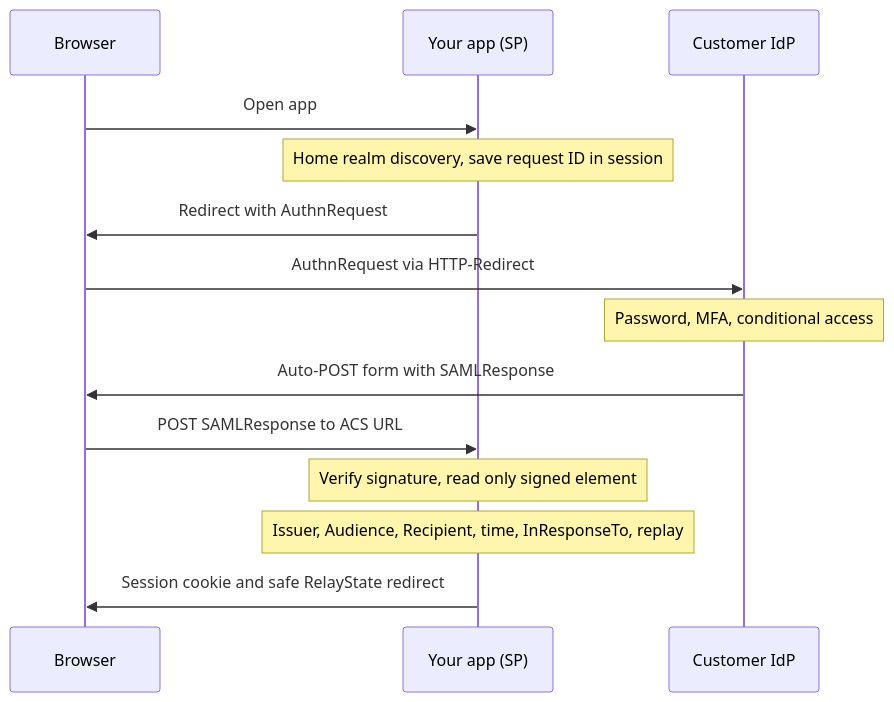
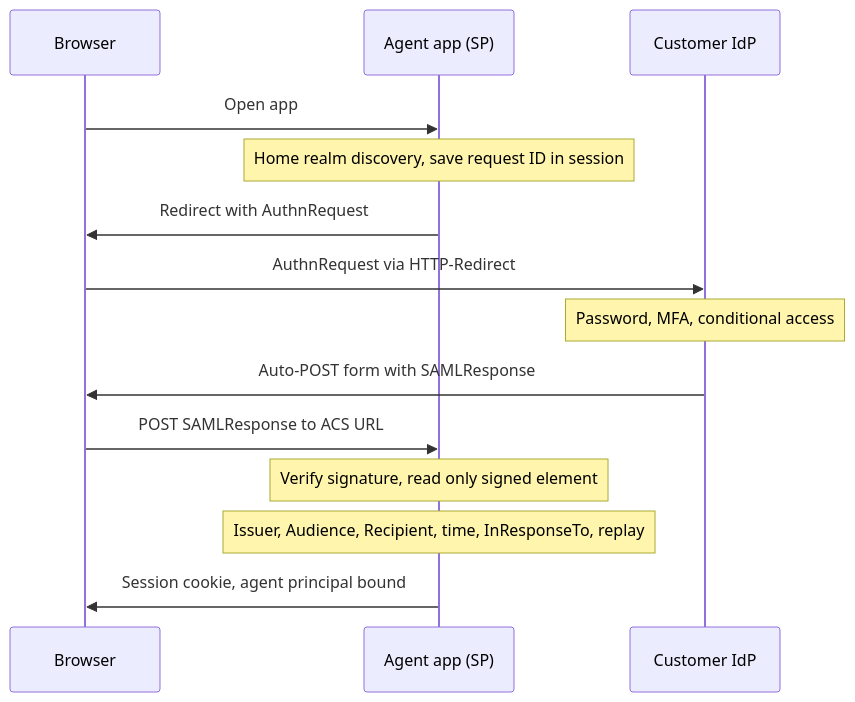
Before and after one commit to lovishmahajan97/agentic-learning: the diagram in content/enterprise-integration/saml-sso.md, drawn with Mermaid. The commit also changed other lines of this file and 454 other files, not shown here.

````diff
--- a/content/enterprise-integration/saml-sso.md
+++ b/content/enterprise-integration/saml-sso.md
@@ -113,16 +145,16 @@
 ```mermaid
 sequenceDiagram
     participant U as Browser
-    participant S as Your app (SP)
+    participant S as Agent app (SP)
     participant I as Customer IdP
     U->>S: Open app
     Note over S: Home realm discovery, save request ID in session
     S->>U: Redirect with AuthnRequest
     U->>I: AuthnRequest via HTTP-Redirect
     Note over I: Password, MFA, conditional access
     I->>U: Auto-POST form with SAMLResponse
     U->>S: POST SAMLResponse to ACS URL
     Note over S: Verify signature, read only signed element
     Note over S: Issuer, Audience, Recipient, time, InResponseTo, replay
-    S->>U: Session cookie and safe RelayState redirect
+    S->>U: Session cookie, agent principal bound
 ```
````
